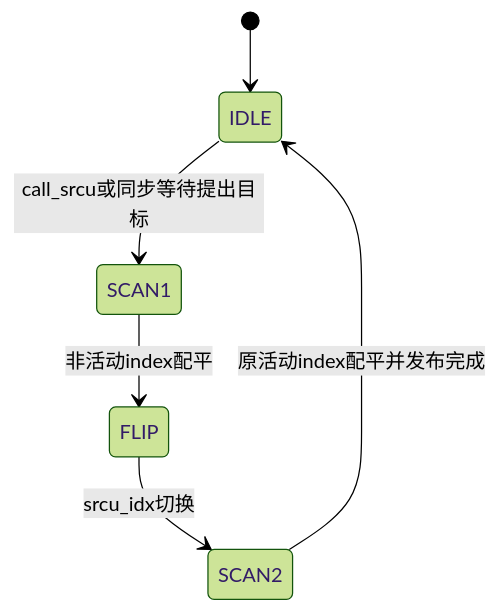
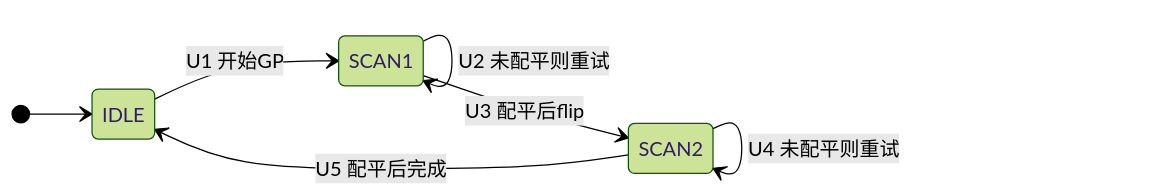
Before and after one commit to FormingSystem/linux_note: the second of 3 diagrams in research/source_reading/rcu/navigation/P09_Linux_6.12_Tree_SRCU模块源码概念导读.md, drawn with Mermaid (forest theme). The commit also changed other lines of this file and 1 other file, not shown here.

````diff
--- a/research/source_reading/rcu/navigation/P09_Linux_6.12_Tree_SRCU模块源码概念导读.md
+++ b/research/source_reading/rcu/navigation/P09_Linux_6.12_Tree_SRCU模块源码概念导读.md
@@ -128,8 +136,10 @@
 ```mermaid
 stateDiagram-v2
+    direction LR
     [*] --> IDLE
-    IDLE --> SCAN1: call_srcu或同步等待提出目标
-    SCAN1 --> FLIP: 非活动index配平
-    FLIP --> SCAN2: srcu_idx切换
-    SCAN2 --> IDLE: 原活动index配平并发布完成
+    IDLE --> SCAN1: U1 开始GP
+    SCAN1 --> SCAN1: U2 未配平则重试
+    SCAN1 --> SCAN2: U3 配平后flip
+    SCAN2 --> SCAN2: U4 未配平则重试
+    SCAN2 --> IDLE: U5 配平后完成
 ```
````
